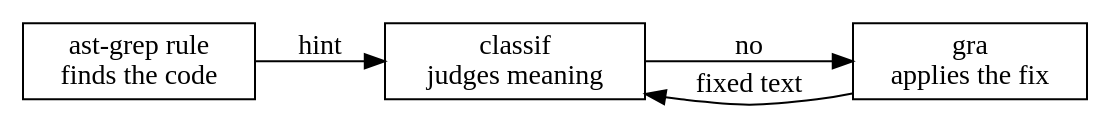
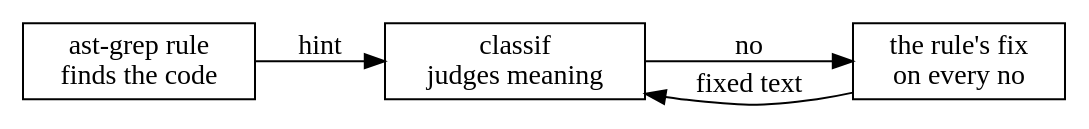
One commit to Piotr1215/youtube changed the diagram in nvim-luasnip-ai-alternative/diagrams/bridge.dot. Above: the diagram before and after it, drawn with Graphviz. The commit also changed 4 other files, not shown here.

```diff
--- a/nvim-luasnip-ai-alternative/diagrams/bridge.dot
+++ b/nvim-luasnip-ai-alternative/diagrams/bridge.dot
@@ -1,12 +1,12 @@
 digraph bridge {
   rankdir=LR;
   node [shape=box];
 
   rule [label="ast-grep rule\nfinds the code"];
   model [label="classif\njudges meaning"];
-  fix [label="gra\napplies the fix"];
+  fix [label="the rule's fix\non every no"];
 
   rule -> model [label="hint"];
   model -> fix [label="no"];
   fix -> model [label="fixed text"];
 }
```
